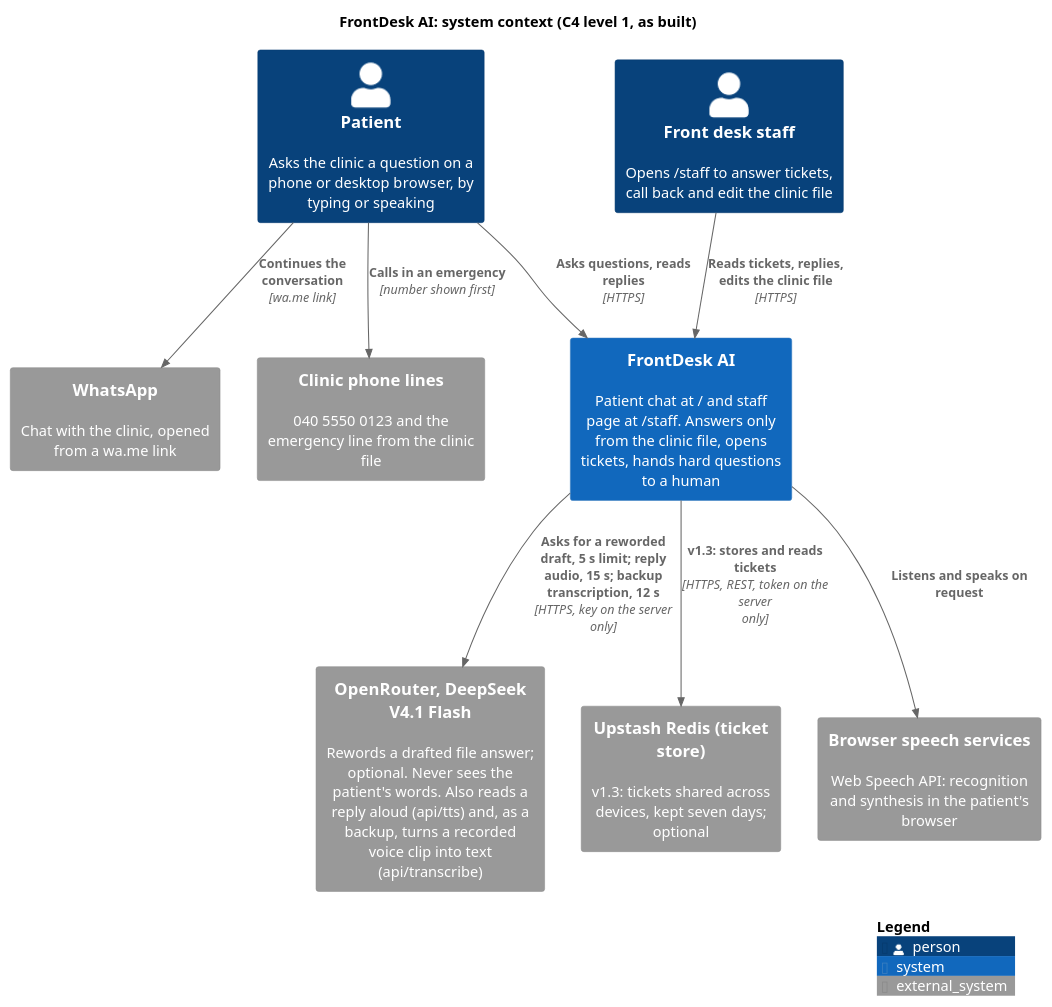
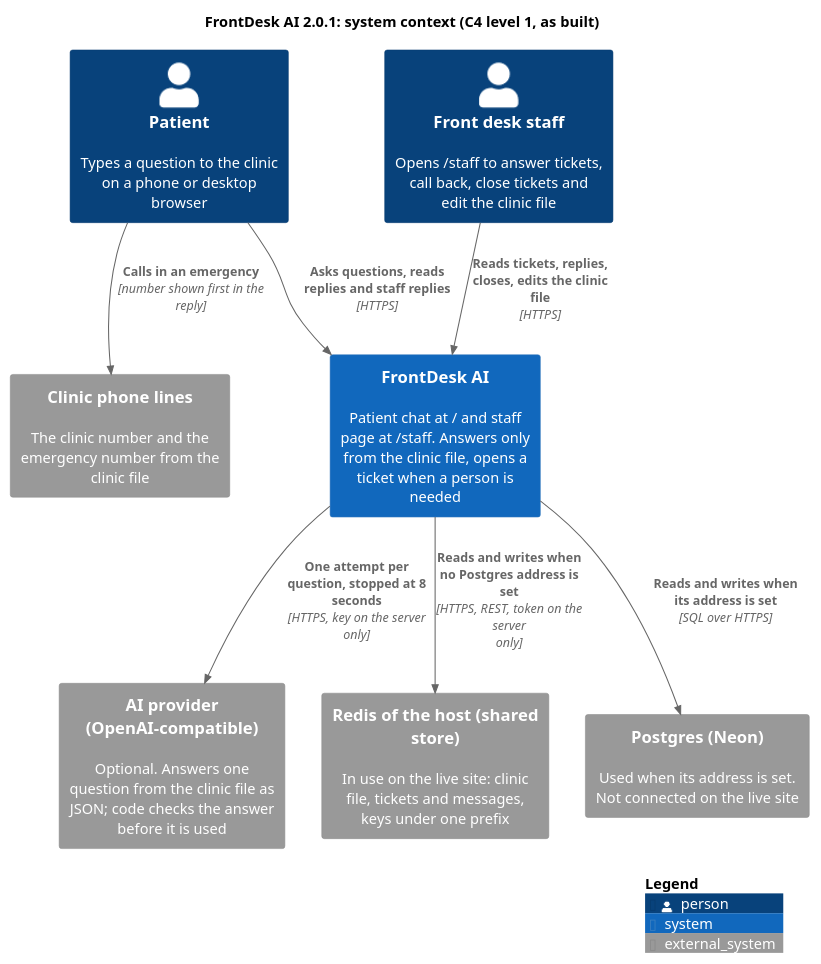
The diagram in docs/diagrams/c4-context.puml (karwasanjay007/frontdesk-ai-docs), drawn with PlantUML before and after one commit. The commit also changed 47 other files, not shown here.

First line of the commit message:
Version 2.0.1: every document, journey and diagram rewritten from the rebuilt code

```diff
--- a/docs/diagrams/c4-context.puml
+++ b/docs/diagrams/c4-context.puml
@@ -1,23 +1,21 @@
 @startuml c4-context
 !include <C4/C4_Context>
-title FrontDesk AI: system context (C4 level 1, as built)
+title FrontDesk AI 2.0.1: system context (C4 level 1, as built)
 
-Person(patient, "Patient", "Asks the clinic a question on a phone or desktop browser, by typing or speaking")
-Person(staff, "Front desk staff", "Opens /staff to answer tickets, call back and edit the clinic file")
-System(frontdesk, "FrontDesk AI", "Patient chat at / and staff page at /staff. Answers only from the clinic file, opens tickets, hands hard questions to a human")
-System_Ext(model, "OpenRouter, DeepSeek V4.1 Flash", "Rewords a drafted file answer; optional. Never sees the patient's words. Also reads a reply aloud (api/tts) and, as a backup, turns a recorded voice clip into text (api/transcribe)")
-System_Ext(upstash, "Upstash Redis (ticket store)", "v1.3: tickets shared across devices, kept seven days; optional")
-System_Ext(speechsvc, "Browser speech services", "Web Speech API: recognition and synthesis in the patient's browser")
-System_Ext(whatsapp, "WhatsApp", "Chat with the clinic, opened from a wa.me link")
-System_Ext(phone, "Clinic phone lines", "040 5550 0123 and the emergency line from the clinic file")
+Person(patient, "Patient", "Types a question to the clinic on a phone or desktop browser")
+Person(staff, "Front desk staff", "Opens /staff to answer tickets, call back, close tickets and edit the clinic file")
+System(frontdesk, "FrontDesk AI", "Patient chat at / and staff page at /staff. Answers only from the clinic file, opens a ticket when a person is needed")
+System_Ext(model, "AI provider (OpenAI-compatible)", "Optional. Answers one question from the clinic file as JSON; code checks the answer before it is used")
+System_Ext(redis, "Redis of the host (shared store)", "In use on the live site: clinic file, tickets and messages, keys under one prefix")
+System_Ext(postgres, "Postgres (Neon)", "Used when its address is set. Not connected on the live site")
+System_Ext(phone, "Clinic phone lines", "The clinic number and the emergency number from the clinic file")
 
-Rel(patient, frontdesk, "Asks questions, reads replies", "HTTPS")
-Rel(staff, frontdesk, "Reads tickets, replies, edits the clinic file", "HTTPS")
-Rel(frontdesk, model, "Asks for a reworded draft, 5 s limit; reply audio, 15 s; backup transcription, 12 s", "HTTPS, key on the server only")
-Rel(frontdesk, upstash, "v1.3: stores and reads tickets", "HTTPS, REST, token on the server only")
-Rel(frontdesk, speechsvc, "Listens and speaks on request")
-Rel(patient, whatsapp, "Continues the conversation", "wa.me link")
-Rel(patient, phone, "Calls in an emergency", "number shown first")
+Rel(patient, frontdesk, "Asks questions, reads replies and staff replies", "HTTPS")
+Rel(staff, frontdesk, "Reads tickets, replies, closes, edits the clinic file", "HTTPS")
+Rel(frontdesk, model, "One attempt per question, stopped at 8 seconds", "HTTPS, key on the server only")
+Rel(frontdesk, redis, "Reads and writes when no Postgres address is set", "HTTPS, REST, token on the server only")
+Rel(frontdesk, postgres, "Reads and writes when its address is set", "SQL over HTTPS")
+Rel(patient, phone, "Calls in an emergency", "number shown first in the reply")
 
 SHOW_LEGEND()
 @enduml
```
